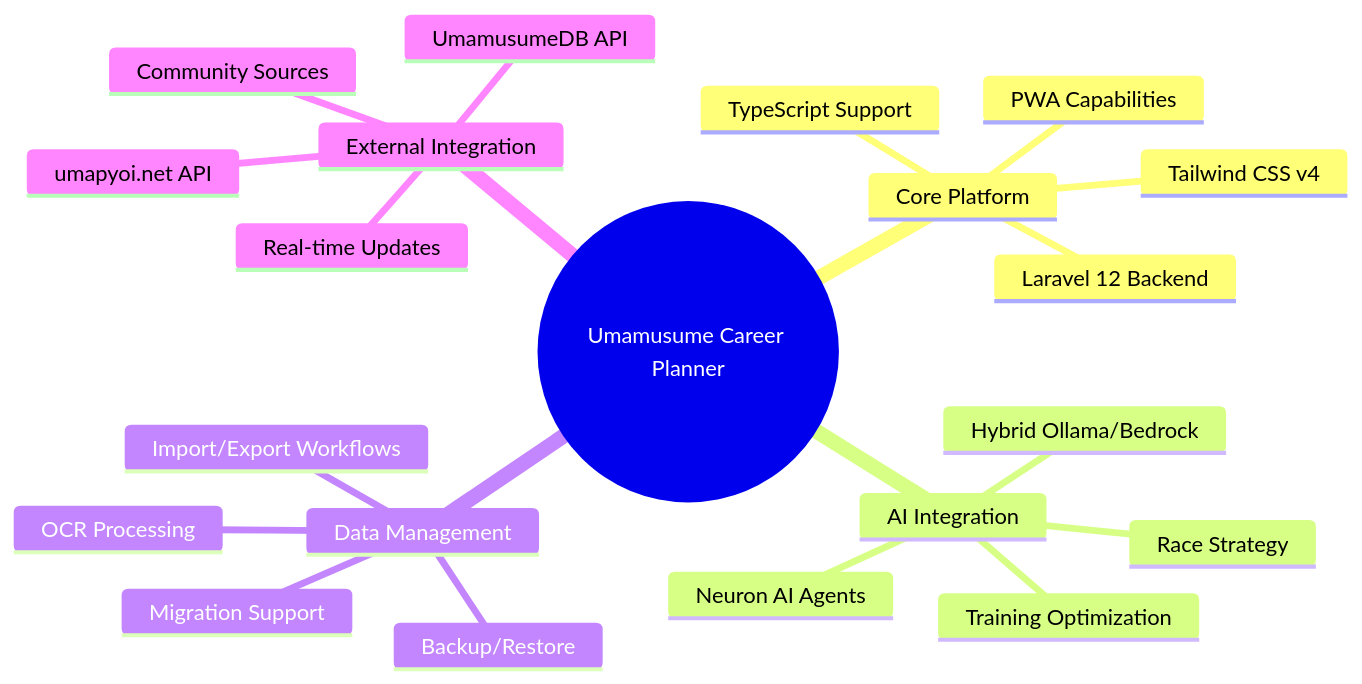
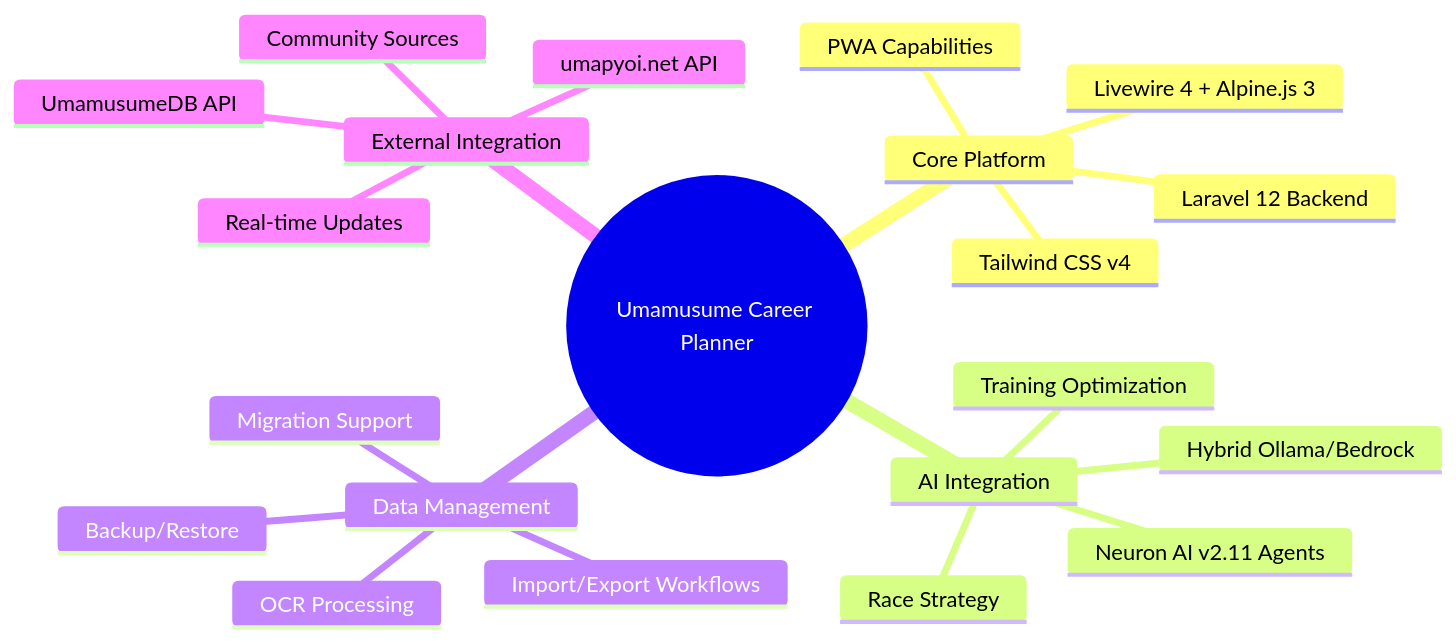
Before and after one commit to exatfrds67/umamusume-career-planner: the first of 8 diagrams in docs/00-core-docs/002_BRS_Business_Requirements_Specifications.md, drawn with Mermaid. The commit also changed other lines of this file and 1559 other files, not shown here.

````diff
--- a/docs/00-core-docs/002_BRS_Business_Requirements_Specifications.md
+++ b/docs/00-core-docs/002_BRS_Business_Requirements_Specifications.md
@@ -89,24 +89,24 @@
 ```mermaid
 mindmap
   root((Umamusume Career Planner))
     Core Platform
       Laravel 12 Backend
-      TypeScript Support
+      Livewire 4 + Alpine.js 3
       Tailwind CSS v4
       PWA Capabilities
     AI Integration
-      Neuron AI Agents
+      Neuron AI v2.11 Agents
       Hybrid Ollama/Bedrock
       Training Optimization
       Race Strategy
     Data Management
       Import/Export Workflows
       OCR Processing
       Backup/Restore
       Migration Support
     External Integration
       umapyoi.net API
       UmamusumeDB API
       Community Sources
       Real-time Updates
 ```
````
